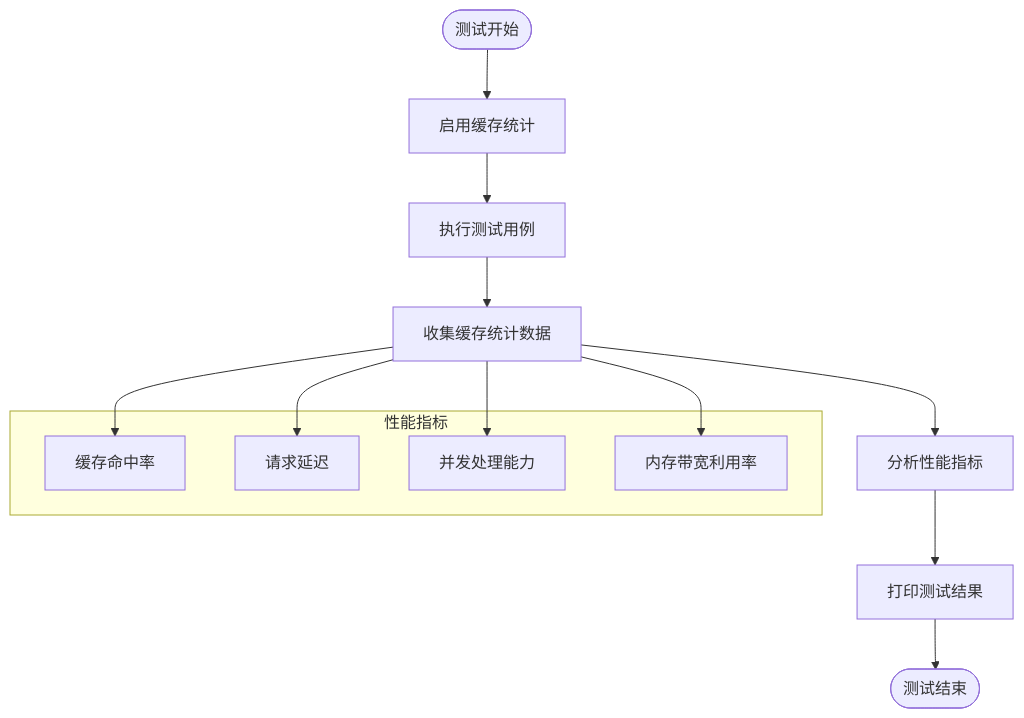
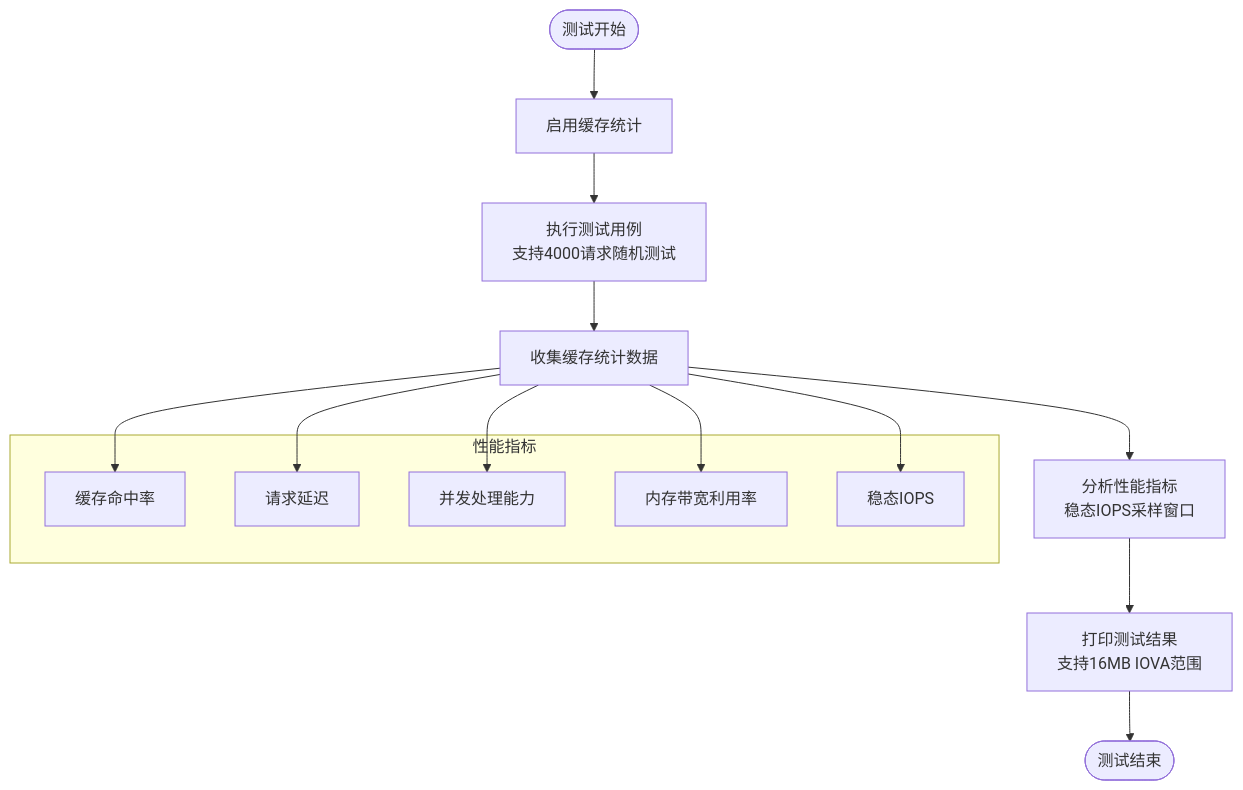
The tenth of 11 diagrams in .qoder/repowiki/zh/content/测试框架/Root Port测试模块.md (jiangjiang1122/iommu_model_20260401_v1), drawn with Mermaid before and after one commit. The commit also changed other lines of this file and 6 other files, not shown here.

````diff
--- a/.qoder/repowiki/zh/content/测试框架/Root Port测试模块.md
+++ b/.qoder/repowiki/zh/content/测试框架/Root Port测试模块.md
@@ -393,19 +409,21 @@
 ```mermaid
 flowchart TD
 Start([测试开始]) --> EnableStats["启用缓存统计"]
-EnableStats --> RunTests["执行测试用例"]
+EnableStats --> RunTests["执行测试用例<br/>支持4000请求随机测试"]
 RunTests --> CollectStats["收集缓存统计数据"]
-CollectStats --> AnalyzeMetrics["分析性能指标"]
-AnalyzeMetrics --> PrintResults["打印测试结果"]
+CollectStats --> AnalyzeMetrics["分析性能指标<br/>稳态IOPS采样窗口"]
+AnalyzeMetrics --> PrintResults["打印测试结果<br/>支持16MB IOVA范围"]
 PrintResults --> End([测试结束])
 subgraph "性能指标"
 A[缓存命中率]
 B[请求延迟]
 C[并发处理能力]
 D[内存带宽利用率]
+E[稳态IOPS]
 end
 CollectStats --> A
 CollectStats --> B
 CollectStats --> C
 CollectStats --> D
+CollectStats --> E
 ```
````
